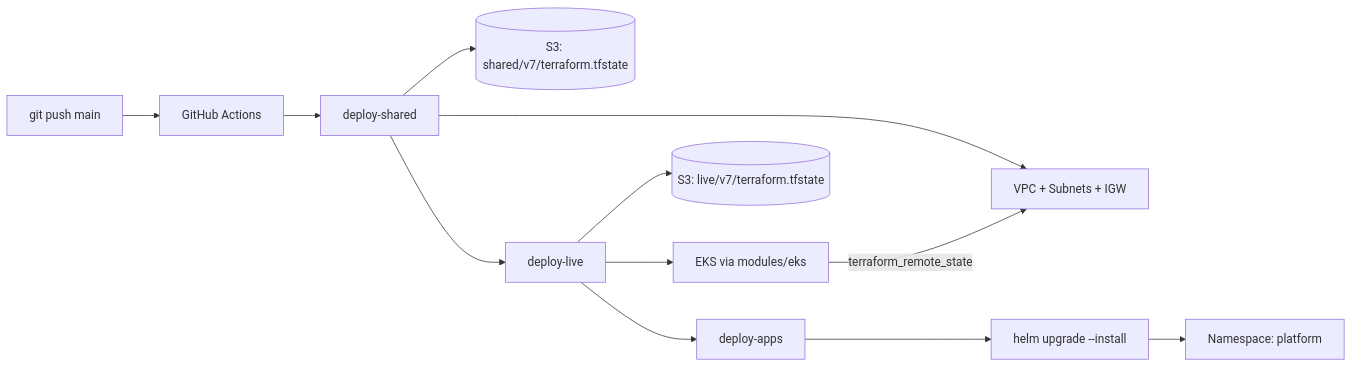
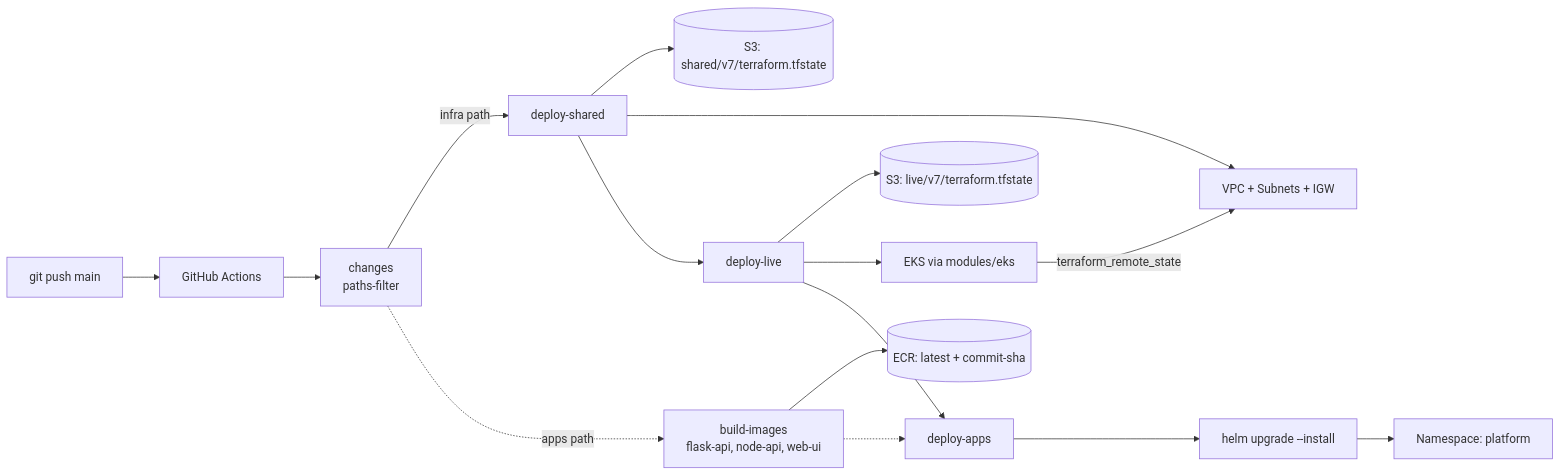
One commit to Here2ServeU/express-reliability-platform-course changed the first of 2 diagrams in express-reliability-platform-v07/README.md. Above: the diagram before and after it, drawn with Mermaid. The commit also changed other lines of this file and 10 other files, not shown here.

````diff
--- a/express-reliability-platform-v07/README.md
+++ b/express-reliability-platform-v07/README.md
@@ -87,14 +87,18 @@
 ```mermaid
 flowchart LR
     Push[git push main] --> GHA[GitHub Actions]
-    GHA --> J1[deploy-shared]
+    GHA --> CH[changes<br/>paths-filter]
+    CH -->|infra path| J1[deploy-shared]
+    CH -.->|apps path| BI[build-images<br/>flask-api, node-api, web-ui]
     J1 --> S3s[(S3: shared/v7/terraform.tfstate)]
     J1 --> VPC[VPC + Subnets + IGW]
     J1 --> J2[deploy-live]
     J2 --> S3l[(S3: live/v7/terraform.tfstate)]
     J2 --> EKS[EKS via modules/eks]
     EKS -->|terraform_remote_state| VPC
+    BI --> ECR[(ECR: latest + commit-sha)]
     J2 --> J3[deploy-apps]
+    BI -.-> J3
     J3 --> Helm[helm upgrade --install]
     Helm --> NS[Namespace: platform]
 ```
````
